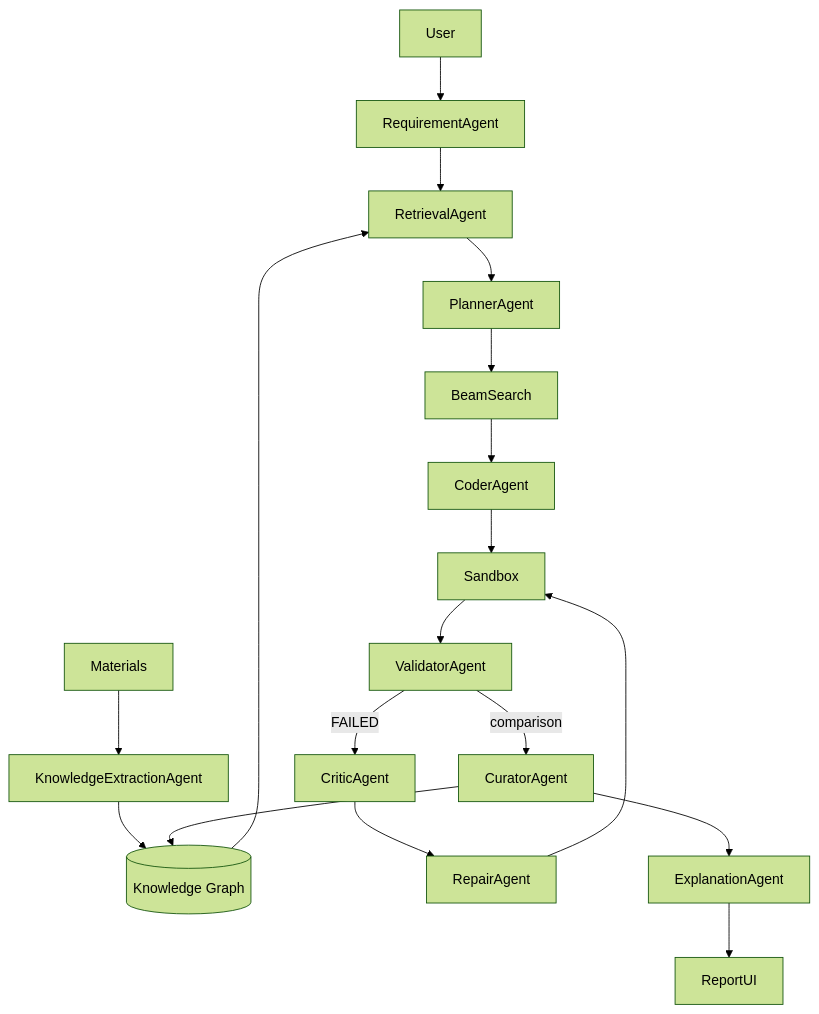
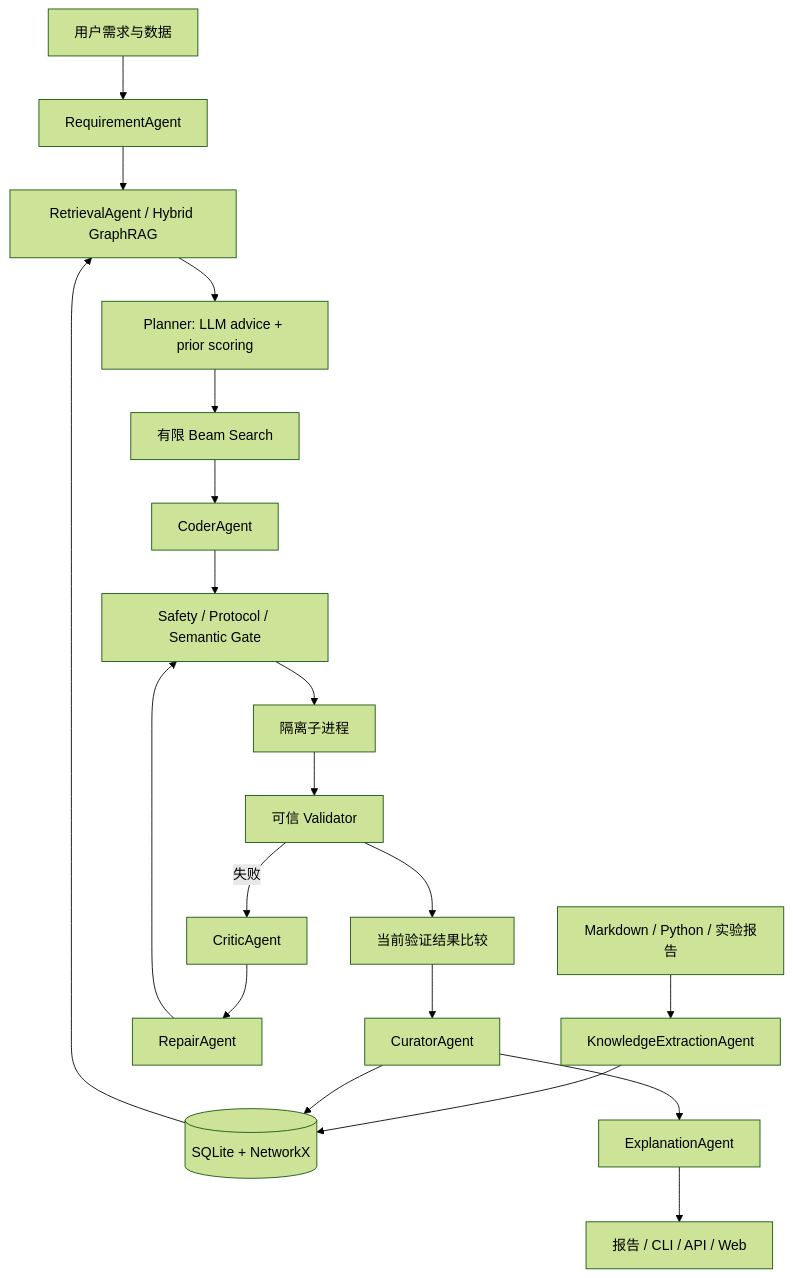
One commit to cucu220123/ai_agent changed the second of 6 diagrams in README.md. Above: the diagram before and after it, drawn with Mermaid (forest theme). The commit also changed other lines of this file and 2 other files, not shown here.

Commit message:
docs: align project report with ten required sections and observed ablations

````diff
--- a/README.md
+++ b/README.md
@@ -107,10 +52,18 @@
 ```mermaid
 flowchart TD
-    User --> RequirementAgent --> RetrievalAgent
-    Materials --> KnowledgeExtractionAgent --> KG[(Knowledge Graph)]
-    KG --> RetrievalAgent --> PlannerAgent --> BeamSearch --> CoderAgent
-    CoderAgent --> Sandbox --> ValidatorAgent
-    ValidatorAgent -->|FAILED| CriticAgent --> RepairAgent --> Sandbox
-    ValidatorAgent -->|comparison| CuratorAgent --> KG
-    CuratorAgent --> ExplanationAgent --> ReportUI
+    User[用户需求与数据] --> Requirement[RequirementAgent]
+    Materials[Markdown / Python / 实验报告] --> Extraction[KnowledgeExtractionAgent]
+    Extraction --> KG[(SQLite + NetworkX)]
+    Requirement --> Retrieval[RetrievalAgent / Hybrid GraphRAG]
+    KG --> Retrieval
+    Retrieval --> Planner[Planner: LLM advice + prior scoring]
+    Planner --> Beam[有限 Beam Search]
+    Beam --> Coder[CoderAgent]
+    Coder --> Gate[Safety / Protocol / Semantic Gate]
+    Gate --> Sandbox[隔离子进程]
+    Sandbox --> Validator[可信 Validator]
+    Validator -->|失败| Critic[CriticAgent] --> Repair[RepairAgent] --> Gate
+    Validator --> Compare[当前验证结果比较]
+    Compare --> Curator[CuratorAgent] --> KG
+    Curator --> Explanation[ExplanationAgent] --> Report[报告 / CLI / API / Web]
 ```
````
